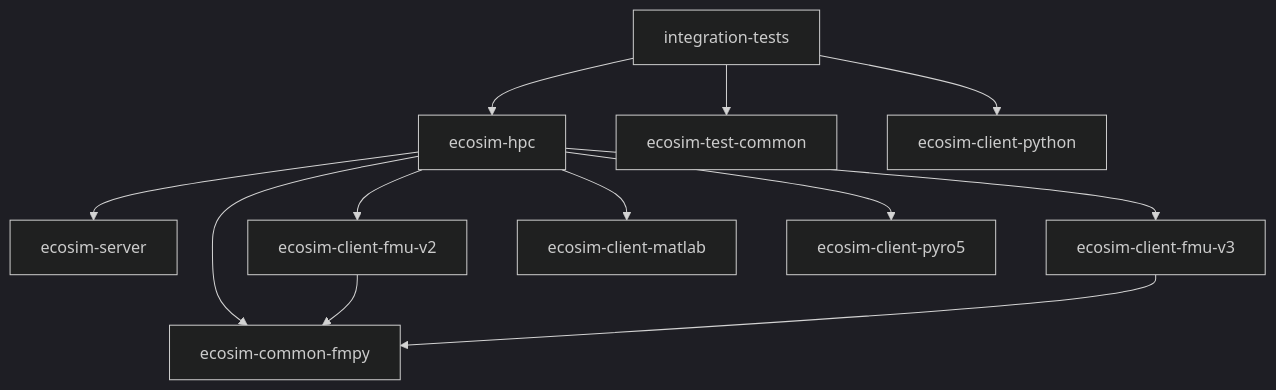
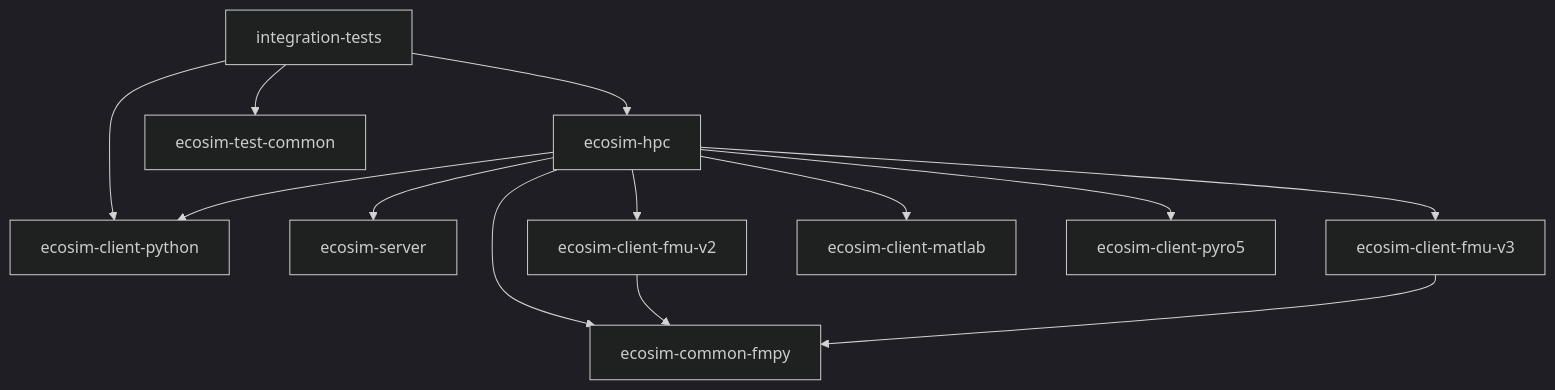
One commit to KIT-IAI-ESA/eCoSim changed the diagram in docs/content/development/architecture.md. Above: the diagram before and after it, drawn with Mermaid (dark theme). The commit also changed other lines of this file and 22 other files, not shown here.

````diff
--- a/docs/content/development/architecture.md
+++ b/docs/content/development/architecture.md
@@ -27,14 +27,15 @@
 ```mermaid
 flowchart TD
   tests[integration-tests] --> hpc[ecosim-hpc]
   tests --> testcommon[ecosim-test-common]
   tests --> python[ecosim-client-python]
   hpc --> server[ecosim-server]
   hpc --> fmu2[ecosim-client-fmu-v2]
   hpc --> fmu3[ecosim-client-fmu-v3]
   hpc --> matlab[ecosim-client-matlab]
   hpc --> pyro[ecosim-client-pyro5]
+  hpc --> python
   hpc --> fmpy[ecosim-common-fmpy]
   fmu2 --> fmpy
   fmu3 --> fmpy
 ```
````
